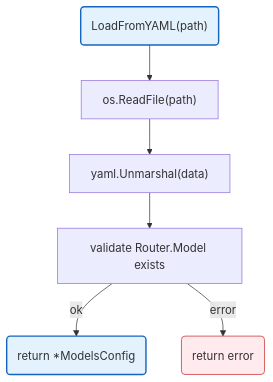
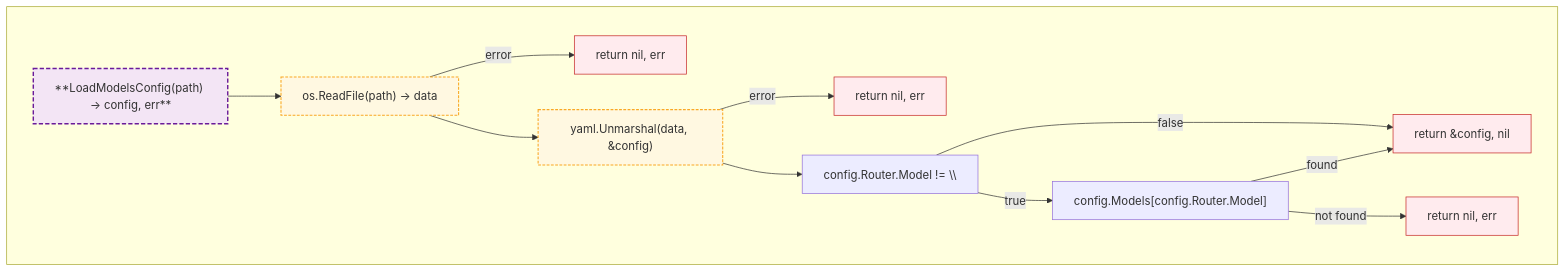
Before and after one commit to radch-ai/ava: the diagram in docs/config/models.md, drawn with Mermaid. The commit also changed other lines of this file and 24 other files, not shown here.

````diff
--- a/docs/config/models.md
+++ b/docs/config/models.md
@@ -7,15 +7,26 @@
 ```mermaid
 flowchart TB
-    Start("LoadFromYAML(path)") --> ReadFile["os.ReadFile(path)"]
-    ReadFile --> ParseYAML["yaml.Unmarshal(data)"]
-    ParseYAML --> ValidateRouter["validate Router.Model exists"]
-    ValidateRouter -->|ok| Done("return *ModelsConfig")
-    ValidateRouter -->|error| Err("return error")
+    subgraph SGMain [" "]
+        HStart["**LoadModelsConfig(path) → config, err**"]
+        HStart --> ReadFile["os.ReadFile(path) → data"]
+        ReadFile -->|error| ERead["return nil, err"]
+        ReadFile --> ParseYAML["yaml.Unmarshal(data, &config)"]
+        ParseYAML -->|error| EParse["return nil, err"]
+        ParseYAML --> Validate["config.Router.Model != \"\""]
+        Validate -->|false| Success["return &config, nil"]
+        Validate -->|true| Lookup["config.Models[config.Router.Model]"]
+        Lookup -->|not found| ELookup["return nil, err"]
+        Lookup -->|found| Success
+    end
 
-    classDef mainFn fill:#e3f2fd,stroke:#1565c0,stroke-width:2px
+    click ReadFile href "https://pkg.go.dev/os#ReadFile"
+    click ParseYAML href "https://pkg.go.dev/gopkg.in/yaml.v3#Unmarshal"
+
     classDef internalFn fill:#f3e5f5,stroke:#6a1b9a,stroke-width:2px,stroke-dasharray:6 3
+    classDef localPkgs fill:#fff8e1,stroke:#f9a825,stroke-width:1.5px,stroke-dasharray:4 2
     classDef errorFlow fill:#ffebee,stroke:#c62828,stroke-width:1px
 
-    class Start,Done mainFn
-    class Err errorFlow
+    class HStart internalFn
+    class ReadFile,ParseYAML localPkgs
+    class ERead,EParse,ELookup,Success errorFlow
 ```
````
